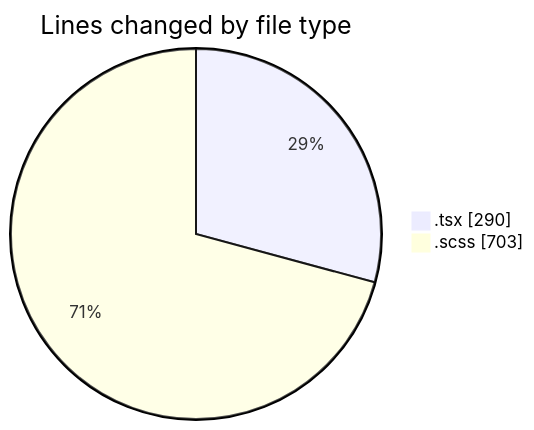
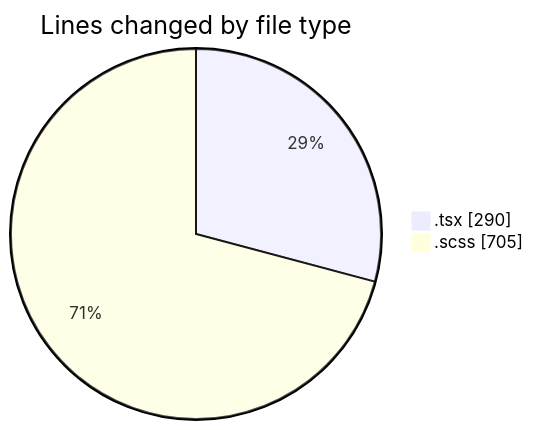
Before and after one commit to momahboobian/code-tracking: the first of 2 diagrams in 2025-09-19/cda/README.md, drawn with Mermaid. The commit also changed other lines of this file and 1 other file, not shown here.

````diff
--- a/2025-09-19/cda/README.md
+++ b/2025-09-19/cda/README.md
@@ -21,6 +21,6 @@
 ```mermaid
 pie showData
 title Lines changed by file type
 ".tsx" : 290
-".scss" : 703
+".scss" : 705
 ```
````
